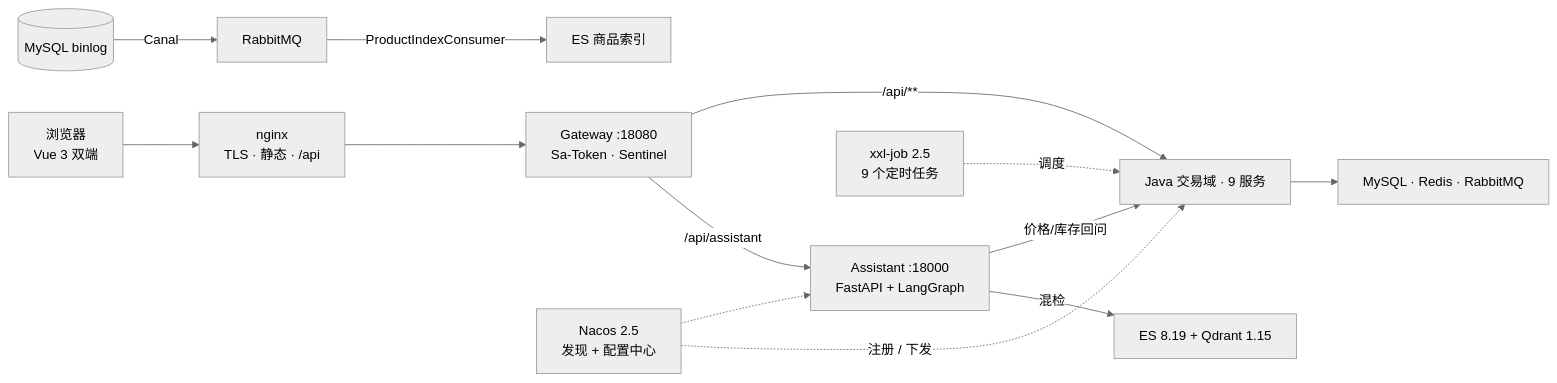
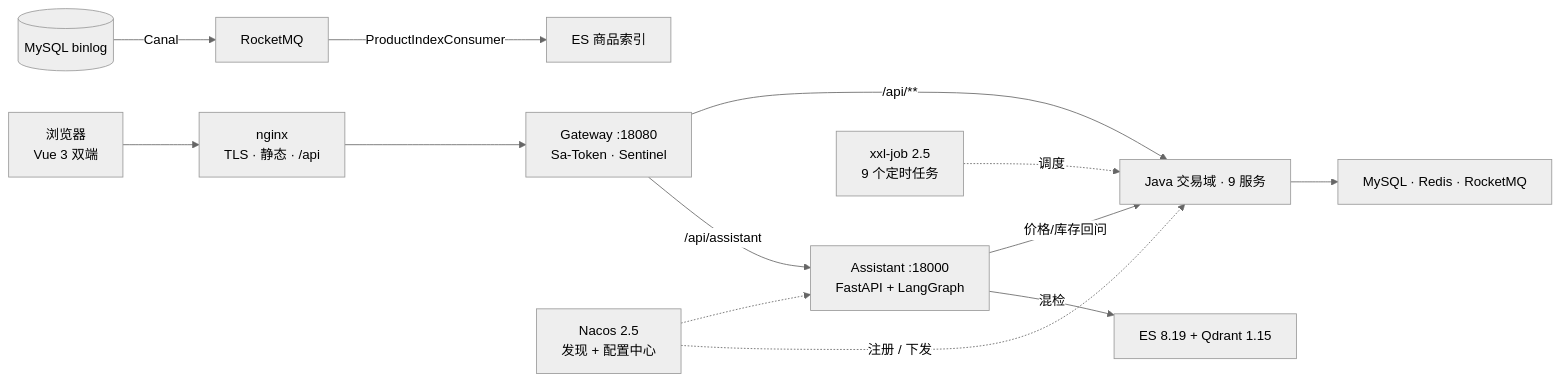
The diagram in README.md (LittleSongxx/ParingBot), drawn with Mermaid (neutral theme) before and after one commit. The commit also changed other lines of this file and 2 other files, not shown here.

Commit message:
docs: 中间件栈切换收尾——ADR-0016/0017 与 README 技术栈同步（IK/RocketMQ/Dubbo）

````diff
--- a/README.md
+++ b/README.md
@@ -138,14 +138,14 @@
 ```mermaid
 flowchart LR
   B["浏览器<br/>Vue 3 双端"] --> N["nginx<br/>TLS · 静态 · /api"]
   N --> G["Gateway :18080<br/>Sa-Token · Sentinel"]
   G -->|/api/assistant| A["Assistant :18000<br/>FastAPI + LangGraph"]
   G -->|/api/**| J["Java 交易域 · 9 服务"]
   A -->|混检| R["ES 8.19 + Qdrant 1.15"]
   A -->|价格/库存回问| J
-  J --> D["MySQL · Redis · RabbitMQ"]
-  M[("MySQL binlog")] -->|Canal| Q["RabbitMQ"] -->|ProductIndexConsumer| E["ES 商品索引"]
+  J --> D["MySQL · Redis · RocketMQ"]
+  M[("MySQL binlog")] -->|Canal| Q["RocketMQ"] -->|ProductIndexConsumer| E["ES 商品索引"]
   X["xxl-job 2.5<br/>9 个定时任务"] -.->|调度| J
   C["Nacos 2.5<br/>发现 + 配置中心"] -.->|注册 / 下发| J
   C -.-> A
 ```
````
